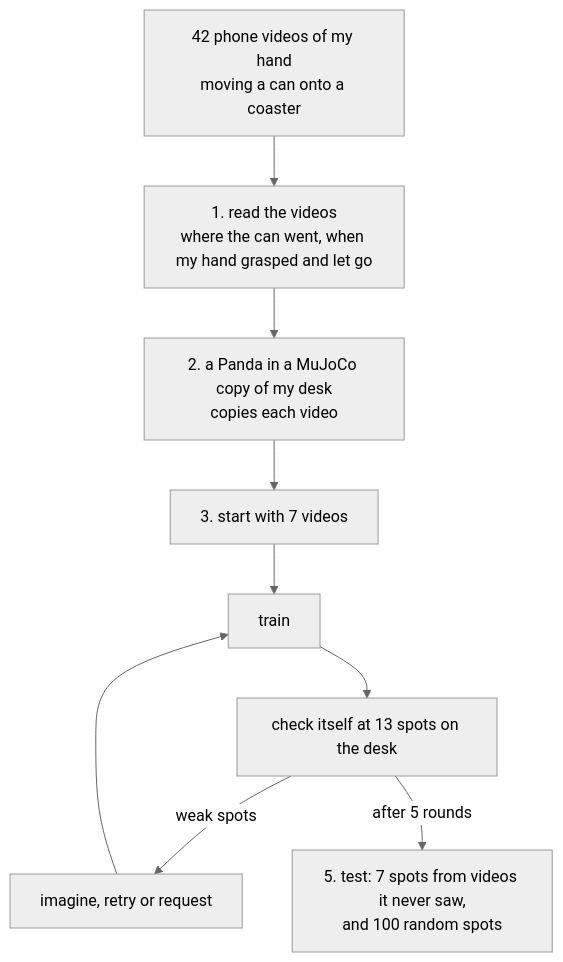
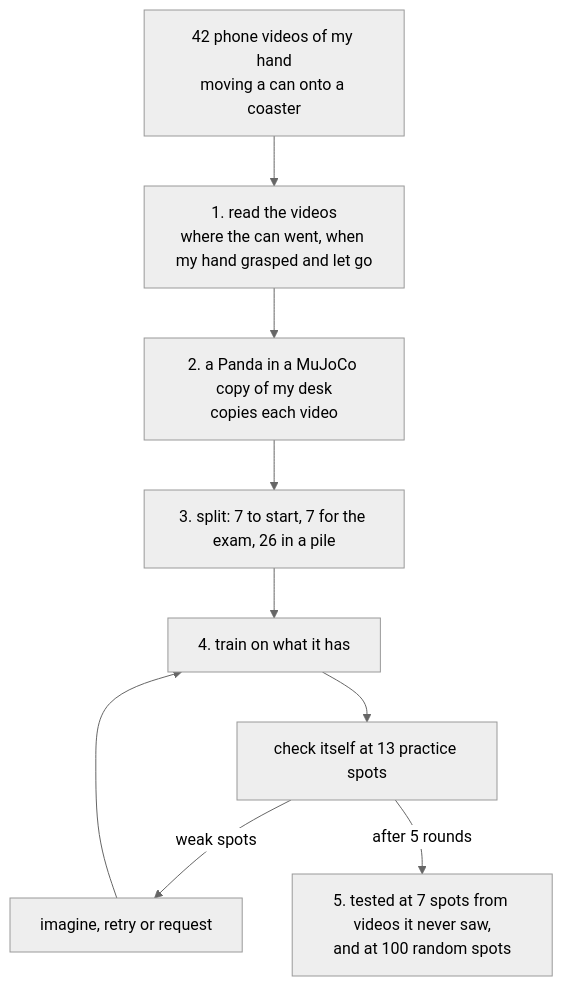
Before and after one commit to anspermiranda/request_or_retry_learning: the diagram in README.md, drawn with Mermaid (neutral theme). The commit also changed other lines of this file, not shown here.

````diff
--- a/README.md
+++ b/README.md
@@ -62,11 +44,11 @@
 ```mermaid
 flowchart TD
   V["42 phone videos of my hand<br/>moving a can onto a coaster"] --> R["1. read the videos<br/>where the can went, when my hand grasped and let go"]
   R --> T["2. a Panda in a MuJoCo copy of my desk<br/>copies each video"]
-  T --> S["3. start with 7 videos"]
-  S --> L["train"]
-  L --> P["check itself at 13 spots on the desk"]
+  T --> S["3. split: 7 to start, 7 for the exam, 26 in a pile"]
+  S --> L["4. train on what it has"]
+  L --> P["check itself at 13 practice spots"]
   P -->|"weak spots"| H["imagine, retry or request"]
   H --> L
-  P -->|"after 5 rounds"| X["5. test: 7 spots from videos it never saw,<br/>and 100 random spots"]
+  P -->|"after 5 rounds"| X["5. tested at 7 spots from videos it never saw,<br/>and at 100 random spots"]
 ```
````
